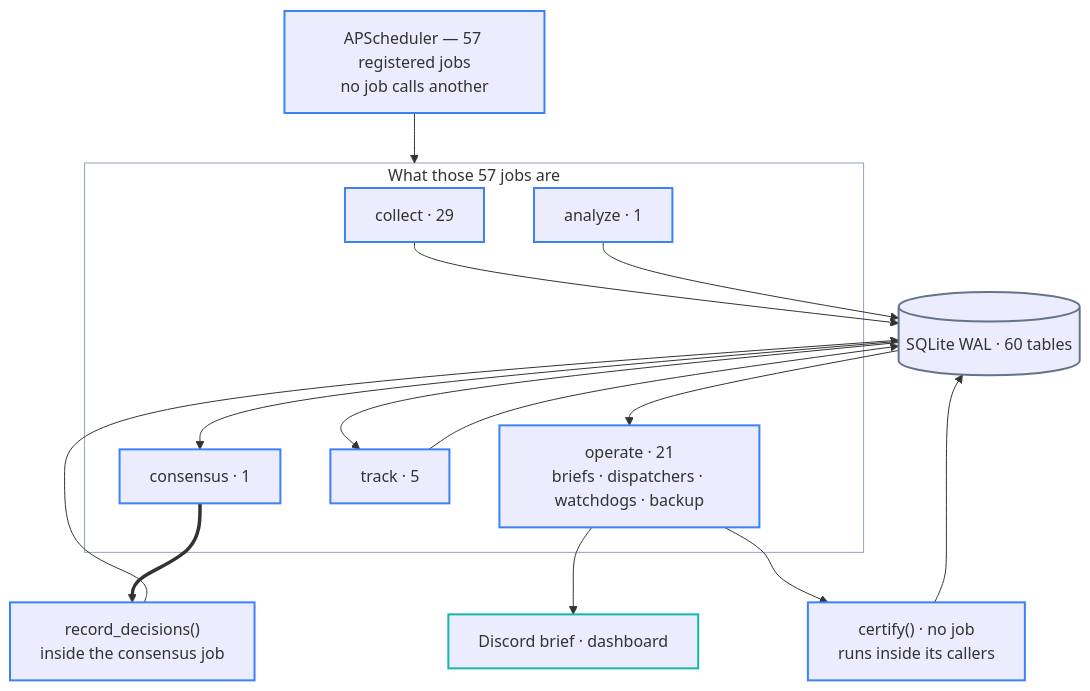
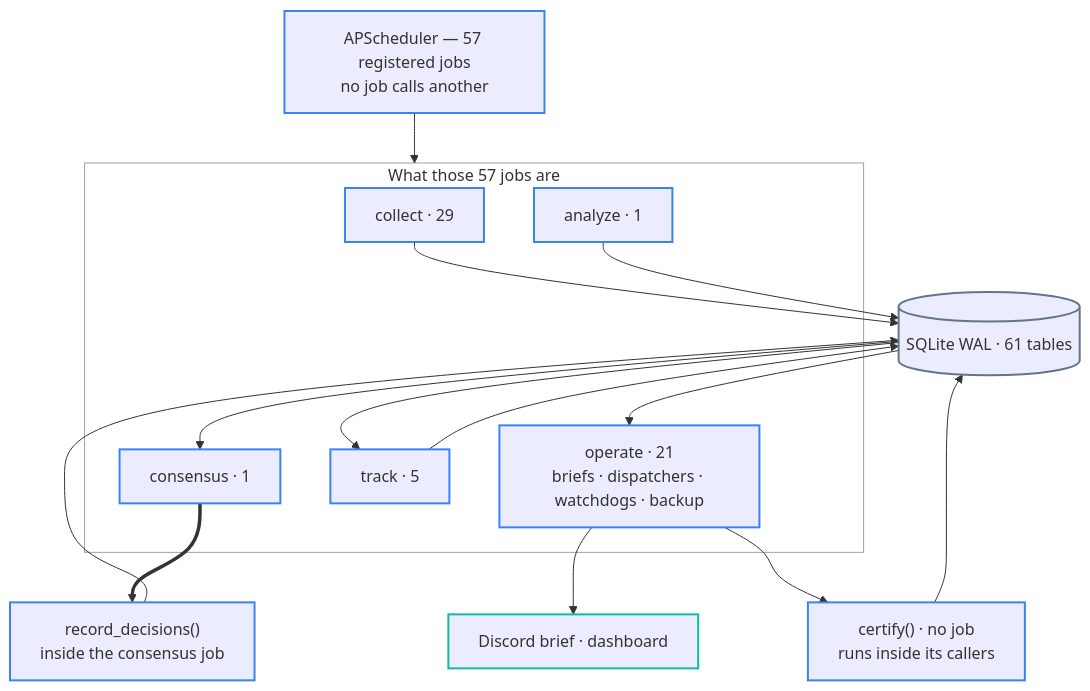
One commit to researcherhojin/nuri-quant changed the second of 4 diagrams in README.md. Above: the diagram before and after it, drawn with Mermaid. The commit also changed other lines of this file and 12 other files, not shown here.

````diff
--- a/README.md
+++ b/README.md
@@ -83,38 +83,38 @@
 ```mermaid
 flowchart TB
     CLOCK["APScheduler — 57 registered jobs<br/>no job calls another"]
 
     subgraph JOBS["What those 57 jobs are"]
         JC["collect · 29"]
         JA["analyze · 1"]
         JD["consensus · 1"]
         JT["track · 5"]
         JO["operate · 21<br/>briefs · dispatchers · watchdogs · backup"]
     end
 
-    DB[("SQLite WAL · 60 tables")]
+    DB[("SQLite WAL · 61 tables")]
     RD["record_decisions()<br/>inside the consensus job"]
     CERT["certify() · no job<br/>runs inside its callers"]
     OUT["Discord brief · dashboard"]
 
     CLOCK --> JOBS
     JC --> DB
     JA --> DB
     DB --> JD
     JD ==> RD
     RD --> DB
     DB --> JT
     JT --> DB
     DB --> JO --> OUT
     JO --> CERT
     CERT --> DB
 
     classDef step  stroke:#3b82f6,stroke-width:2px
     classDef store stroke:#64748b,stroke-width:2px
     classDef out   stroke:#14b8a6,stroke-width:2px
     classDef zone  fill:none,stroke:#94a3b8,stroke-width:1px
     class CLOCK,JC,JA,JD,JT,JO,RD,CERT step
     class DB store
     class OUT out
     class JOBS zone
 ```
````
